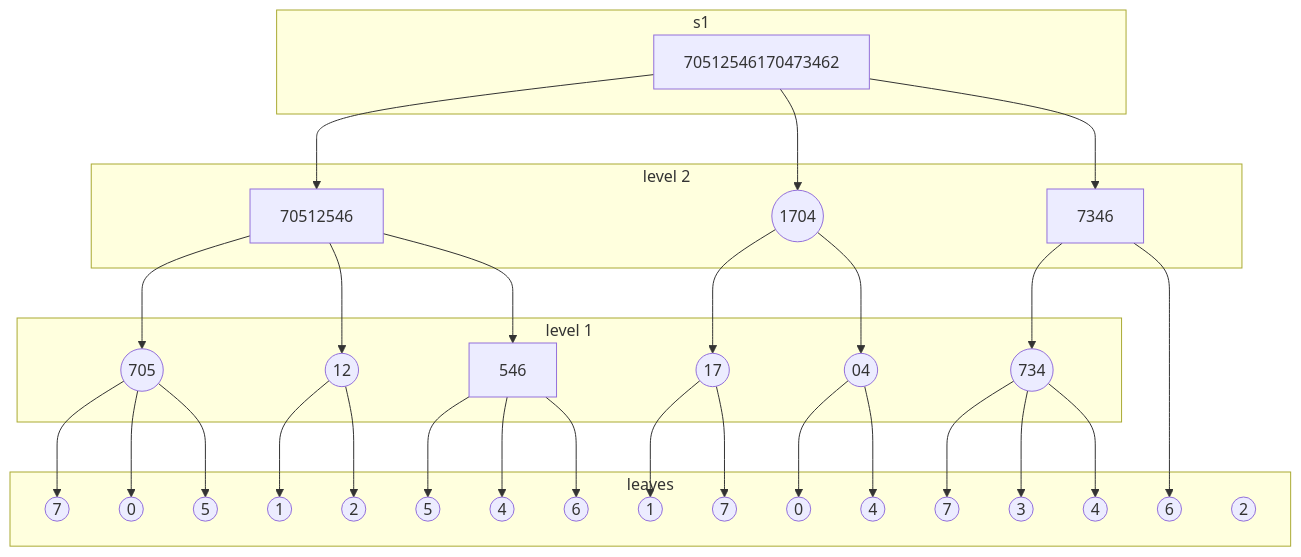
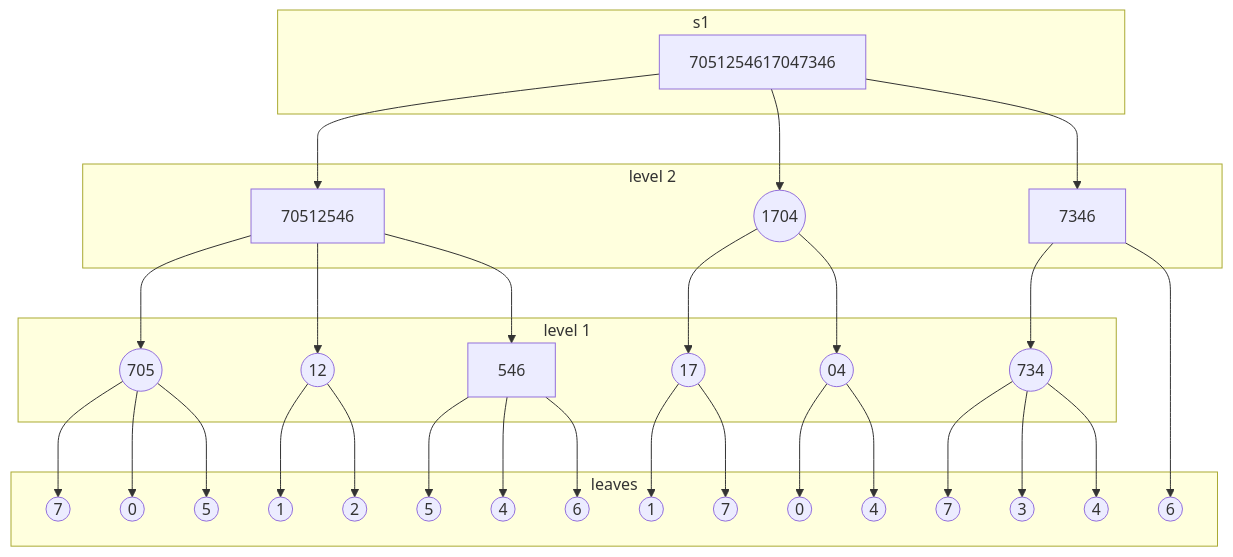
One commit to sergey-shandar/public changed the second of 2 diagrams in articles/content-dependent-hash-tree.md. Above: the diagram before and after it, drawn with Mermaid.

````diff
--- a/articles/content-dependent-hash-tree.md
+++ b/articles/content-dependent-hash-tree.md
@@ -100,53 +100,52 @@
 ```mermaid
 flowchart TD
   subgraph leaves
     7((7))
     0((0))
     5((5))
     1((1))
     2((2))
     a5((5))
     4((4))
     6((6))
     a1((1))
     a7((7))
     a0((0))
     a4((4))
     b7((7))
     b3((3))
     b4((4))
     b6((6))
-    b2((2))
   end
   subgraph level 1
     705((705))-->7
     705-->0
     705-->5
     12((12))-->1
     12-->2
     546-->a5
     546-->4
     546-->6
     17((17))-->a1
     17-->a7
     04((04))-->a0
     04-->a4
     734((734))-->b7
     734-->b3
     734-->b4
   end
   subgraph level 2
     70512546-->705
     70512546-->12
     70512546-->546
     1704((1704))-->17
     1704-->04
     7346-->734
     7346-->b6
   end
   subgraph s1
-    70512546170473462-->70512546
-    70512546170473462-->1704
-    70512546170473462-->7346
+    7051254617047346-->70512546
+    7051254617047346-->1704
+    7051254617047346-->7346
   end
 ```
````
